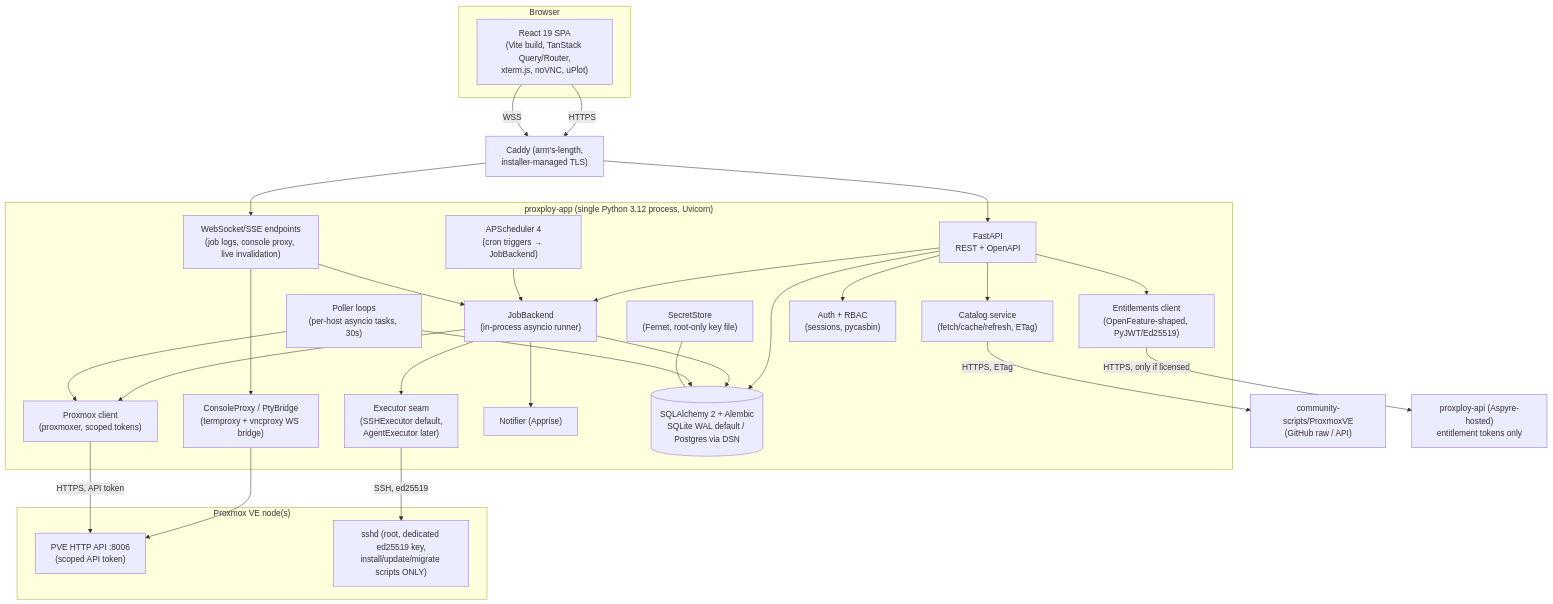
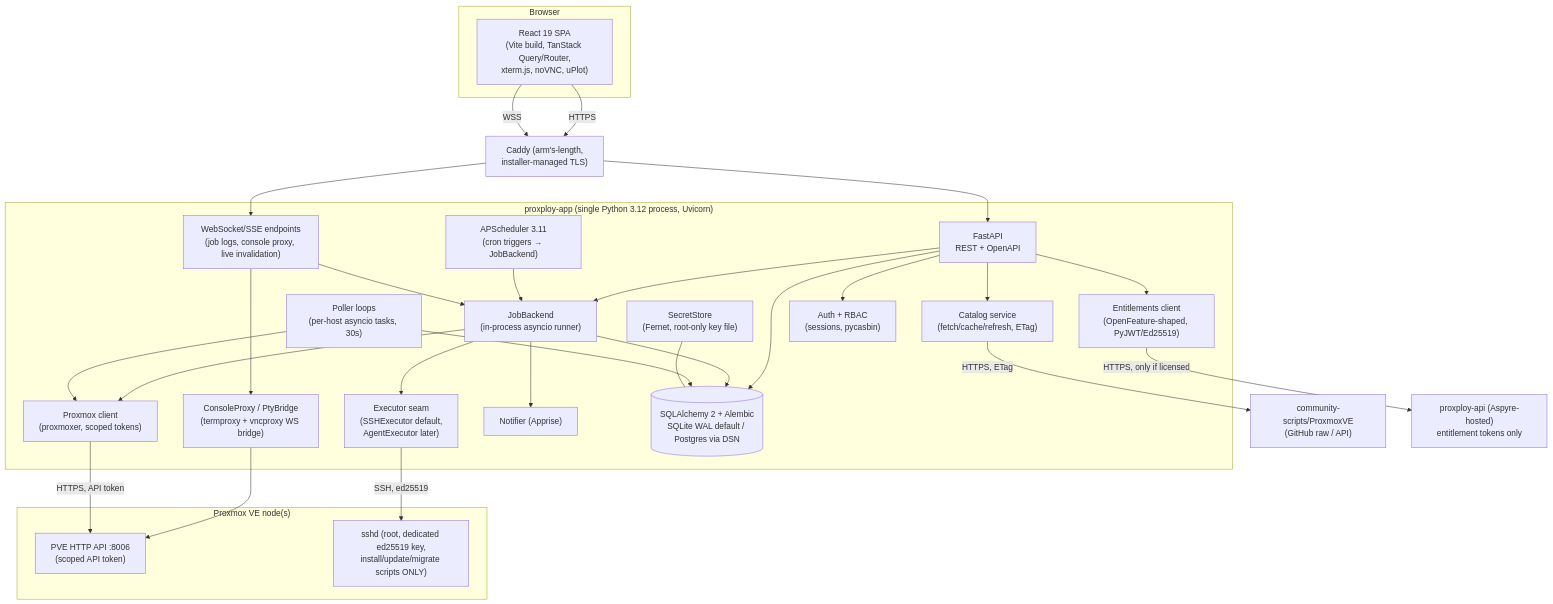
Before and after one commit to aspyrelabs/proxploy-app: the first of 2 diagrams in docs/02-system-architecture.md, drawn with Mermaid. The commit also changed other lines of this file and 5 other files, not shown here.

````diff
--- a/docs/02-system-architecture.md
+++ b/docs/02-system-architecture.md
@@ -23,49 +23,49 @@
 ```mermaid
 graph TB
     subgraph Browser
         SPA["React 19 SPA<br/>(Vite build, TanStack Query/Router,<br/>xterm.js, noVNC, uPlot)"]
     end
 
     subgraph proxploy-app ["proxploy-app (single Python 3.12 process, Uvicorn)"]
         API["FastAPI<br/>REST + OpenAPI"]
         WS["WebSocket/SSE endpoints<br/>(job logs, console proxy, live invalidation)"]
         ENT["Entitlements client<br/>(OpenFeature-shaped, PyJWT/Ed25519)"]
         JOBS["JobBackend<br/>(in-process asyncio runner)"]
-        SCHED["APScheduler 4<br/>(cron triggers → JobBackend)"]
+        SCHED["APScheduler 3.11<br/>(cron triggers → JobBackend)"]
         POLL["Poller loops<br/>(per-host asyncio tasks, 30s)"]
         CAT["Catalog service<br/>(fetch/cache/refresh, ETag)"]
         EXEC["Executor seam<br/>(SSHExecutor default,<br/>AgentExecutor later)"]
         PXC["Proxmox client<br/>(proxmoxer, scoped tokens)"]
         CONS["ConsoleProxy / PtyBridge<br/>(termproxy + vncproxy WS bridge)"]
         SEC["SecretStore<br/>(Fernet, root-only key file)"]
         AUTHZ["Auth + RBAC<br/>(sessions, pycasbin)"]
         NOTIF["Notifier (Apprise)"]
         DB[("SQLAlchemy 2 + Alembic<br/>SQLite WAL default / Postgres via DSN")]
     end
 
     subgraph "Proxmox VE node(s)"
         PVEAPI["PVE HTTP API :8006<br/>(scoped API token)"]
         SSHD["sshd (root, dedicated ed25519 key,<br/>install/update/migrate scripts ONLY)"]
     end
 
     UPSTREAM["community-scripts/ProxmoxVE<br/>(GitHub raw / API)"]
     PAPI["proxploy-api (Aspyre-hosted)<br/>entitlement tokens only"]
     CADDY["Caddy (arm's-length,<br/>installer-managed TLS)"]
 
     SPA -->|HTTPS| CADDY --> API
     SPA -->|WSS| CADDY --> WS
     API --> ENT & JOBS & CAT & AUTHZ & DB
     SCHED --> JOBS
     JOBS --> EXEC & PXC & DB
     JOBS --> NOTIF
     POLL --> PXC
     POLL --> DB
     CONS --> PVEAPI
     WS --> CONS
     WS --> JOBS
     PXC -->|HTTPS, API token| PVEAPI
     EXEC -->|SSH, ed25519| SSHD
     CAT -->|HTTPS, ETag| UPSTREAM
     ENT -->|HTTPS, only if licensed| PAPI
     SEC --- DB
 ```
````
